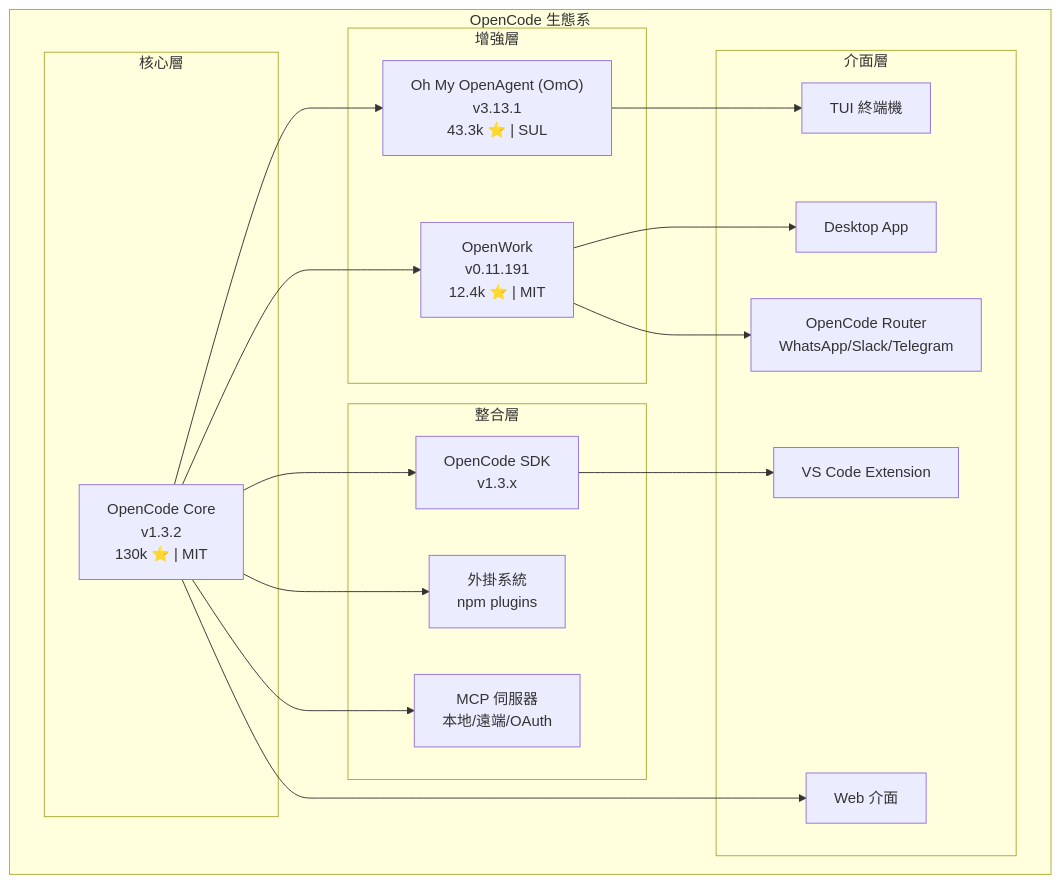
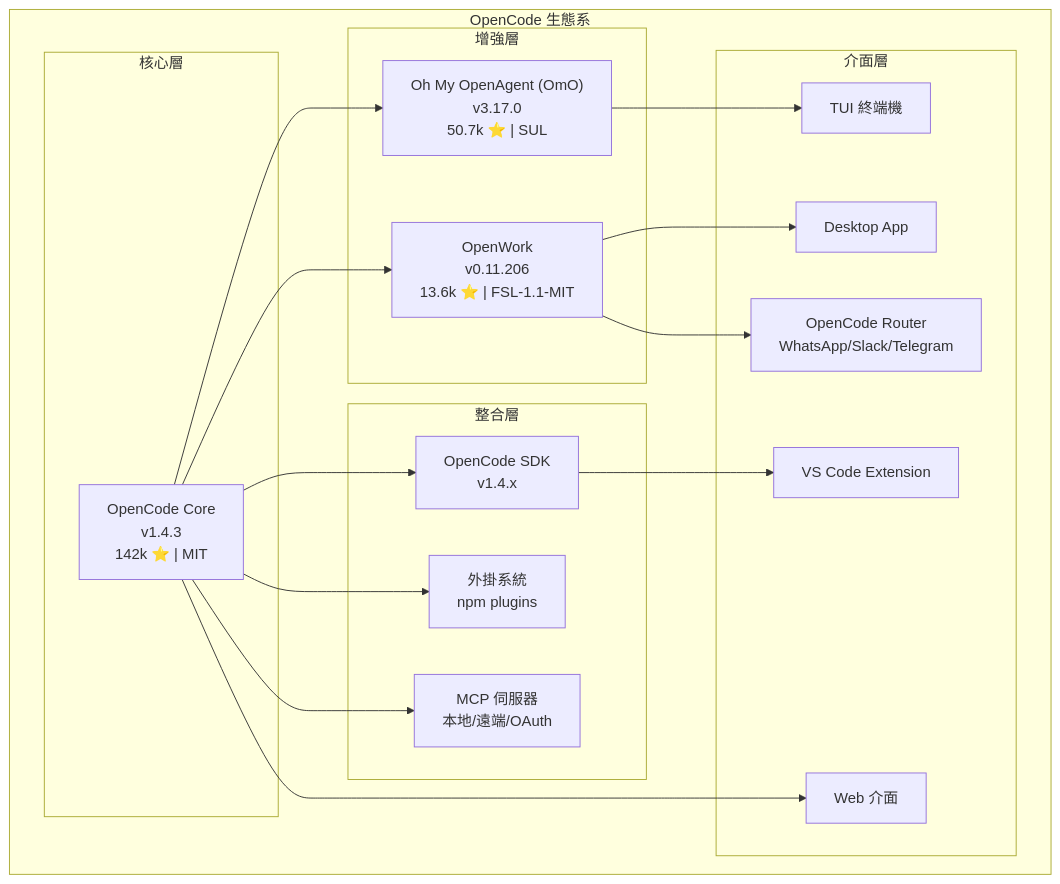
Before and after one commit to chihhung/Blog: the first of 50 diagrams in content/posts/教學/AI開發/opencode生態系教學手冊.md, drawn with Mermaid. The commit also changed other lines of this file and 3 other files, not shown here.

````diff
--- a/content/posts/教學/AI開發/opencode生態系教學手冊.md
+++ b/content/posts/教學/AI開發/opencode生態系教學手冊.md
@@ -262,39 +275,39 @@
 ```mermaid
 graph TB
     subgraph "OpenCode 生態系"
         subgraph "核心層"
-            OC["OpenCode Core<br/>v1.3.2<br/>130k ⭐ | MIT"]
+            OC["OpenCode Core<br/>v1.4.3<br/>142k ⭐ | MIT"]
         end
 
         subgraph "增強層"
-            OmO["Oh My OpenAgent (OmO)<br/>v3.13.1<br/>43.3k ⭐ | SUL"]
-            OW["OpenWork<br/>v0.11.191<br/>12.4k ⭐ | MIT"]
+            OmO["Oh My OpenAgent (OmO)<br/>v3.17.0<br/>50.7k ⭐ | SUL"]
+            OW["OpenWork<br/>v0.11.206<br/>13.6k ⭐ | FSL-1.1-MIT"]
         end
 
         subgraph "整合層"
-            SDK["OpenCode SDK<br/>v1.3.x"]
+            SDK["OpenCode SDK<br/>v1.4.x"]
             Plugin["外掛系統<br/>npm plugins"]
             MCP["MCP 伺服器<br/>本地/遠端/OAuth"]
         end
 
         subgraph "介面層"
             TUI["TUI 終端機"]
             Desktop["Desktop App"]
             IDE["VS Code Extension"]
             Web["Web 介面"]
             Router["OpenCode Router<br/>WhatsApp/Slack/Telegram"]
         end
     end
 
     OC --> OmO
     OC --> OW
     OC --> SDK
     OC --> Plugin
     OC --> MCP
 
     OmO --> TUI
     OW --> Desktop
     SDK --> IDE
     OC --> Web
     OW --> Router
 ```
````
